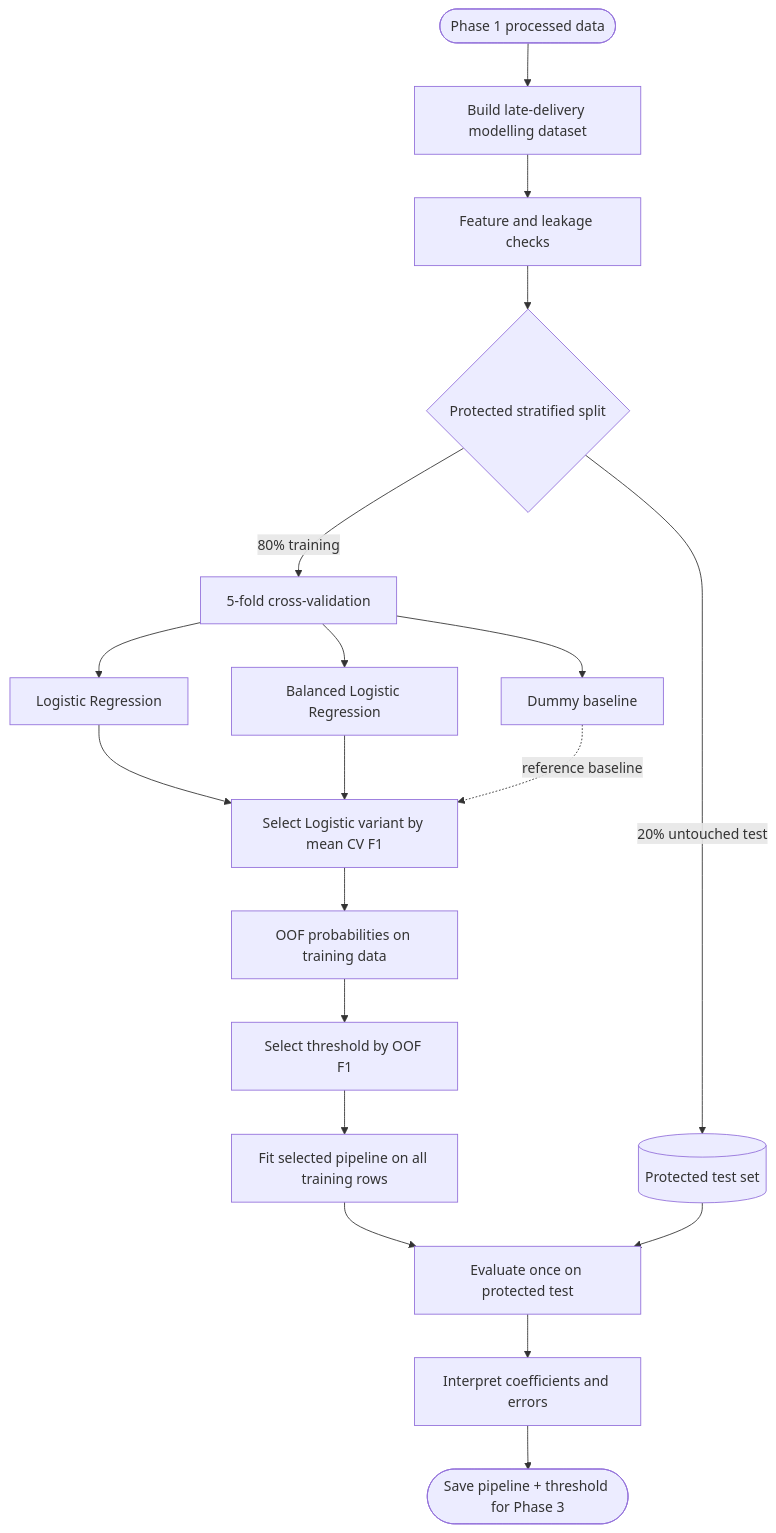
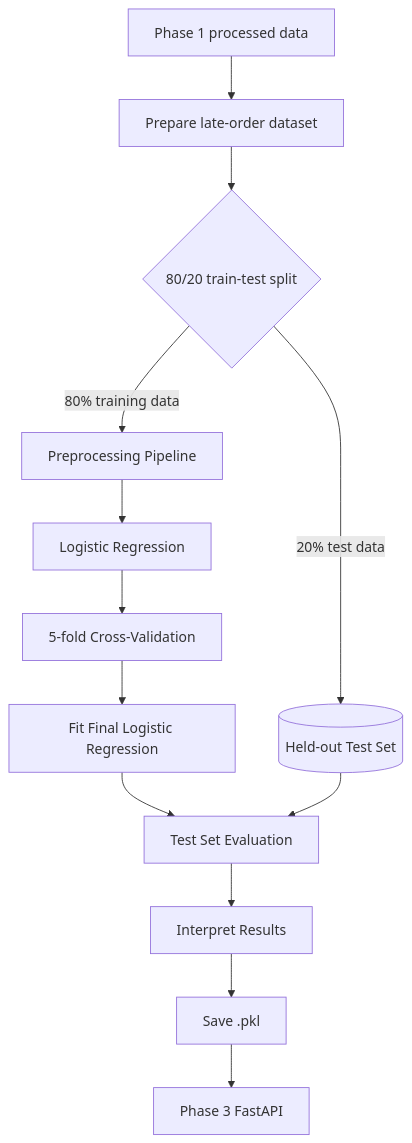
Before and after one commit to Voycepeh/Team01_IT5006_Ecommerce_Analytics_AY2627Sem1: the diagram in docs/phase2-classification-workflow.md, drawn with Mermaid. The commit also changed other lines of this file and 1 other file, not shown here.

First line of the commit message:
Simplify Phase 2 Logistic Regression workflow (#27)

````diff
--- a/docs/phase2-classification-workflow.md
+++ b/docs/phase2-classification-workflow.md
@@ -15,23 +17,18 @@
 ```mermaid
 flowchart TD
-    A([Phase 1 processed data]) --> B[Build late-delivery modelling dataset]
-    B --> C[Feature and leakage checks]
-    C --> D{Protected stratified split}
+    A[Phase 1 processed data] --> B[Prepare late-order dataset]
+    B --> C{80/20 train-test split}
 
-    D -->|80% training| E[5-fold cross-validation]
-    E --> F[Dummy baseline]
-    E --> G[Logistic Regression]
-    E --> H[Balanced Logistic Regression]
-    G --> I[Select Logistic variant by mean CV F1]
+    C -->|80% training data| D[Preprocessing Pipeline]
+    D --> E[Logistic Regression]
+    E --> F[5-fold Cross-Validation]
+    F --> G[Fit Final Logistic Regression]
+
+    C -->|20% test data| H[(Held-out Test Set)]
+    G --> I[Test Set Evaluation]
     H --> I
-    F -.->|reference baseline| I
-    I --> J[OOF probabilities on training data]
-    J --> K[Select threshold by OOF F1]
 
-    D -->|20% untouched test| L[(Protected test set)]
-    K --> M[Fit selected pipeline on all training rows]
-    M --> N[Evaluate once on protected test]
-    L --> N
-    N --> O[Interpret coefficients and errors]
-    O --> P([Save pipeline + threshold for Phase 3])
+    I --> J[Interpret Results]
+    J --> K[Save .pkl]
+    K --> L[Phase 3 FastAPI]
 ```
````
